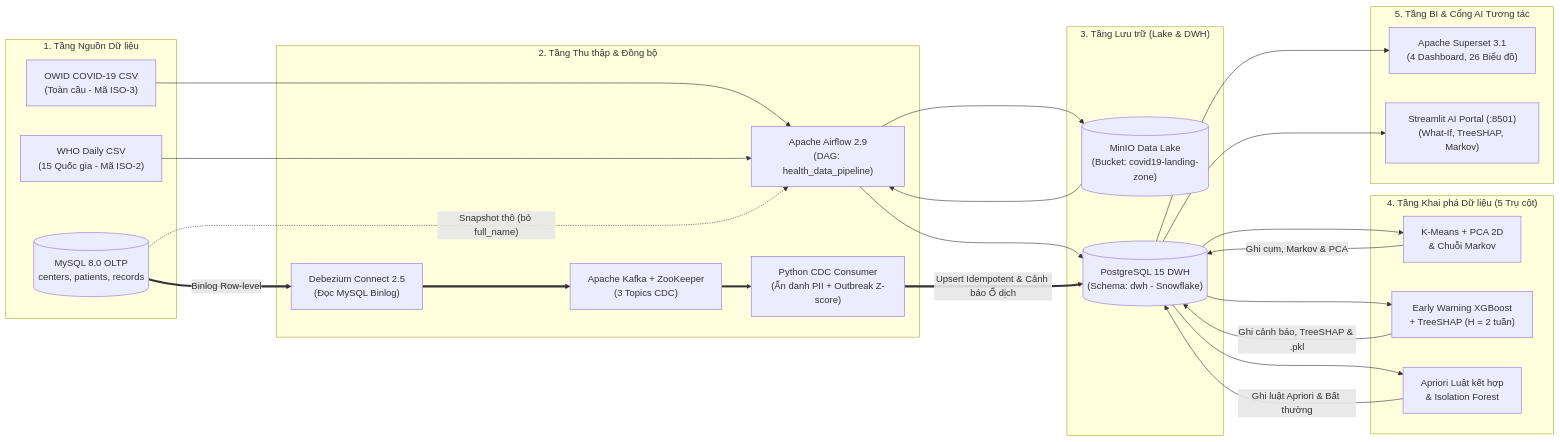
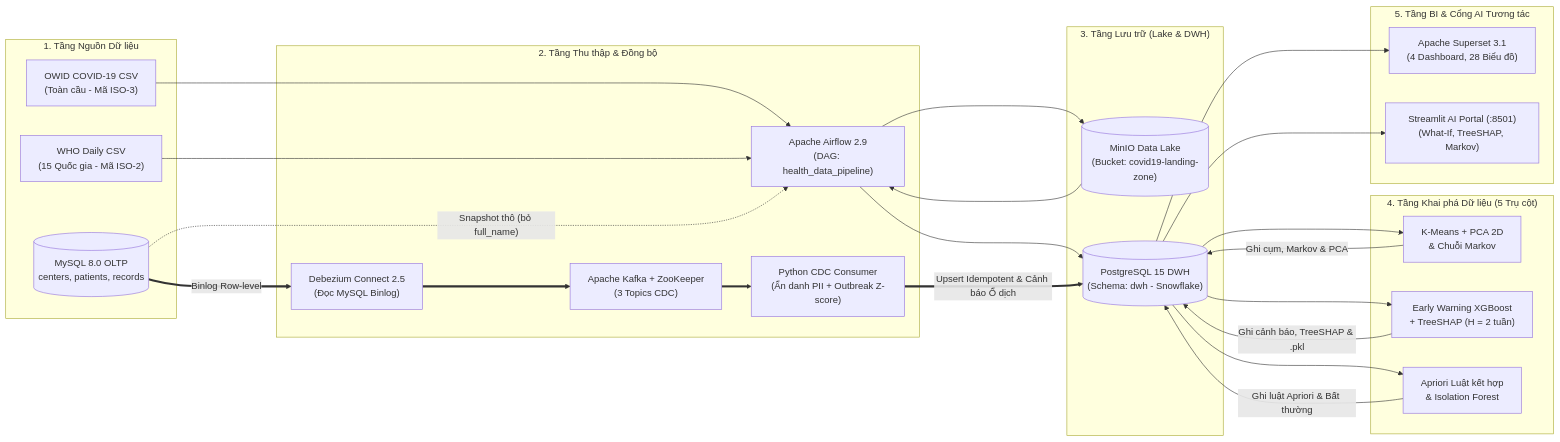
Before and after one commit to ninhduo263/global-health-data-platform: the first of 2 diagrams in GIOI_THIEU_HE_THONG.md, drawn with Mermaid. The commit also changed other lines of this file and 7 other files, not shown here.

Commit message:
docs: synchronize 11 containers, 17 datasets, 28 charts & 28/28 tests across all reports, slides and guides

````diff
--- a/GIOI_THIEU_HE_THONG.md
+++ b/GIOI_THIEU_HE_THONG.md
@@ -29,53 +29,53 @@
 ```mermaid
 flowchart LR
     subgraph Sources["1. Tầng Nguồn Dữ liệu"]
         OWID["OWID COVID-19 CSV<br/>(Toàn cầu - Mã ISO-3)"]
         WHO["WHO Daily CSV<br/>(15 Quốc gia - Mã ISO-2)"]
         OLTP[("MySQL 8.0 OLTP<br/>centers, patients, records")]
     end
 
     subgraph Ingestion["2. Tầng Thu thập & Đồng bộ"]
         AF["Apache Airflow 2.9<br/>(DAG: health_data_pipeline)"]
         DBZ["Debezium Connect 2.5<br/>(Đọc MySQL Binlog)"]
         KFK["Apache Kafka + ZooKeeper<br/>(3 Topics CDC)"]
         CDC["Python CDC Consumer<br/>(Ẩn danh PII + Outbreak Z-score)"]
     end
 
     subgraph Storage["3. Tầng Lưu trữ (Lake & DWH)"]
         MINIO[("MinIO Data Lake<br/>(Bucket: covid19-landing-zone)")]
         DWH[("PostgreSQL 15 DWH<br/>(Schema: dwh - Snowflake)")]
     end
 
     subgraph Mining["4. Tầng Khai phá Dữ liệu (5 Trụ cột)"]
         KM["K-Means + PCA 2D<br/>& Chuỗi Markov"]
         XGB["Early Warning XGBoost<br/>+ TreeSHAP (H = 2 tuần)"]
         APR["Apriori Luật kết hợp<br/>& Isolation Forest"]
     end
 
     subgraph BI["5. Tầng BI & Cổng AI Tương tác"]
-        SUP["Apache Superset 3.1<br/>(4 Dashboard, 26 Biểu đồ)"]
+        SUP["Apache Superset 3.1<br/>(4 Dashboard, 28 Biểu đồ)"]
         PORTAL["Streamlit AI Portal (:8501)<br/>(What-If, TreeSHAP, Markov)"]
     end
 
     OWID --> AF
     WHO --> AF
     OLTP -. "Snapshot thô (bỏ full_name)" .-> AF
     AF --> MINIO
     MINIO --> AF
     AF --> DWH
 
     OLTP == "Binlog Row-level" ==> DBZ
     DBZ ==> KFK
     KFK ==> CDC
     CDC == "Upsert Idempotent & Cảnh báo Ổ dịch" ==> DWH
 
     DWH --> KM
     KM -- "Ghi cụm, Markov & PCA" --> DWH
     DWH --> XGB
     XGB -- "Ghi cảnh báo, TreeSHAP & .pkl" --> DWH
     DWH --> APR
     APR -- "Ghi luật Apriori & Bất thường" --> DWH
 
     DWH --> SUP
     DWH --> PORTAL
 ```
````
